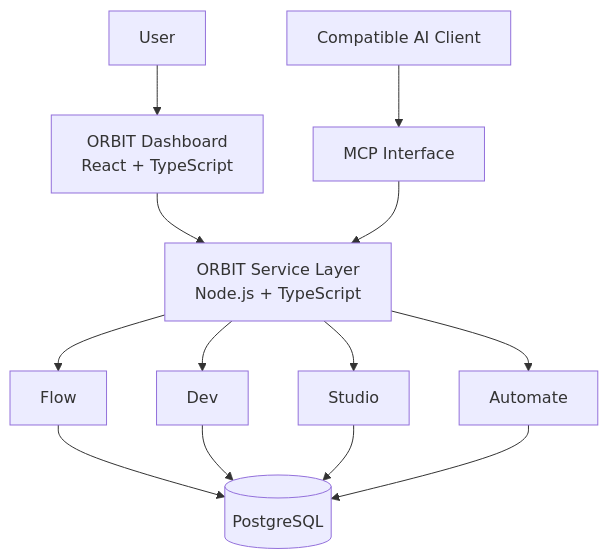
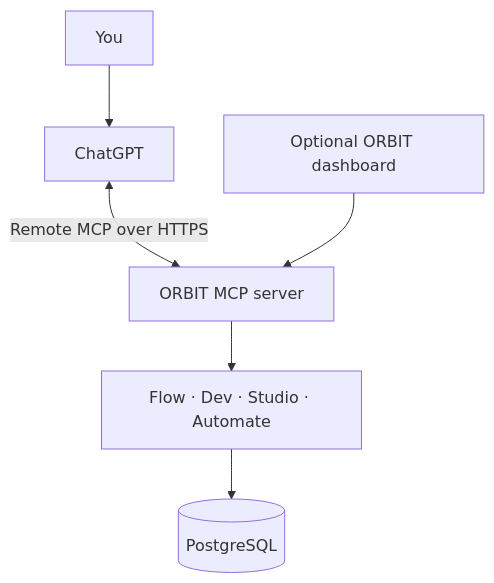
Before and after one commit to ansh385/orbit: the diagram in README.md, drawn with Mermaid. The commit also changed other lines of this file, not shown here.

Commit message:
docs: clarify ChatGPT-first zero-budget architecture

````diff
--- a/README.md
+++ b/README.md
@@ -103,15 +49,8 @@
 ```mermaid
 flowchart TB
-    U[User] --> UI[ORBIT Dashboard<br/>React + TypeScript]
-    AI[Compatible AI Client] --> MCP[MCP Interface]
-    UI --> API[ORBIT Service Layer<br/>Node.js + TypeScript]
-    MCP --> API
-    API --> F[Flow]
-    API --> D[Dev]
-    API --> S[Studio]
-    API --> A[Automate]
-    F --> DB[(PostgreSQL)]
-    D --> DB
-    S --> DB
-    A --> DB
+    U[You] --> C[ChatGPT]
+    C <-->|Remote MCP over HTTPS| M[ORBIT MCP server]
+    M --> E[Flow · Dev · Studio · Automate]
+    E --> DB[(PostgreSQL)]
+    A[Optional ORBIT dashboard] --> M
 ```
````
